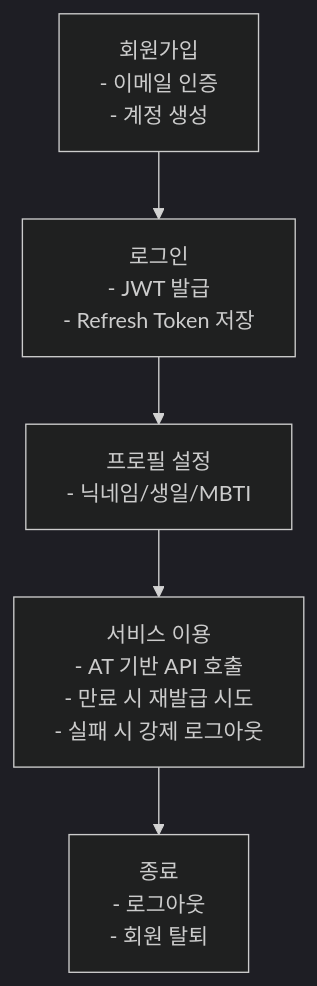
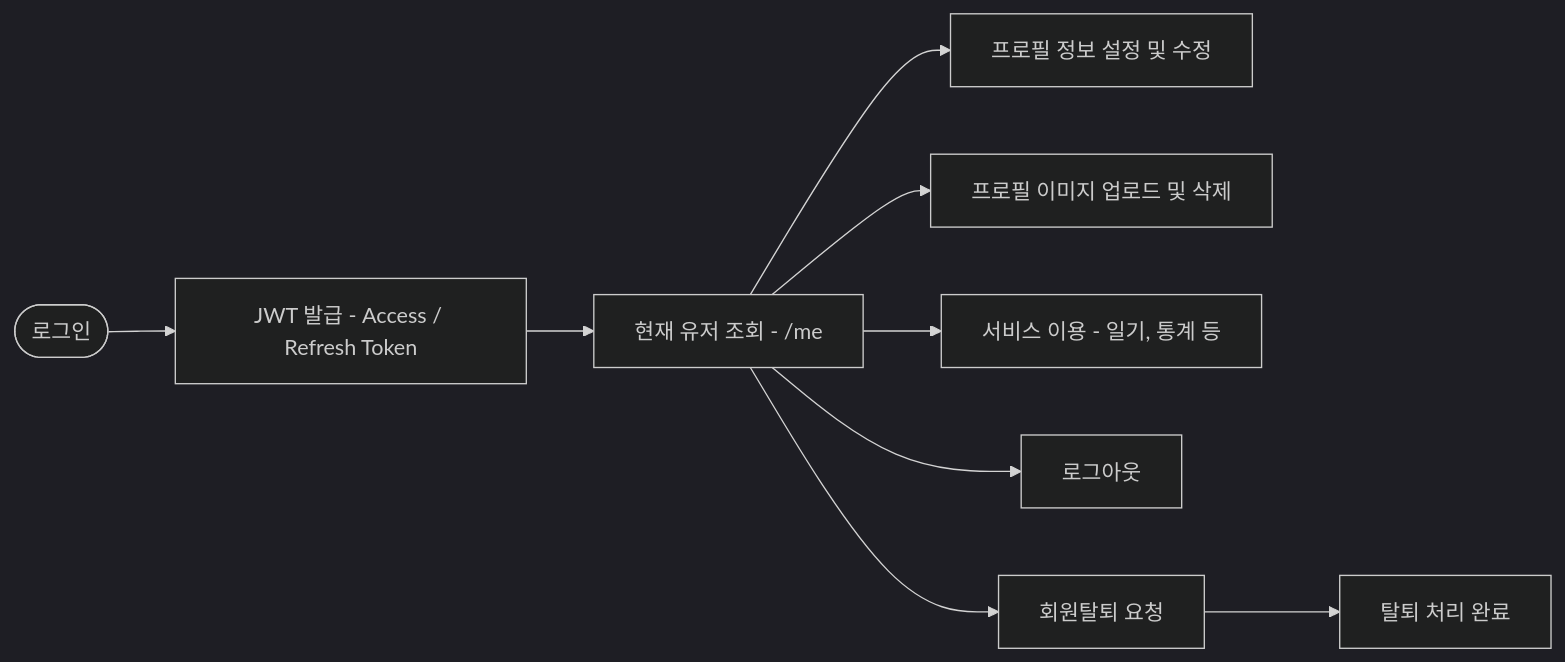
Before and after one commit to monancho/mindmate-docs12: the third of 4 diagrams in docs/member/auth-system.md, drawn with Mermaid (dark theme). The commit also changed other lines of this file and 1 other file, not shown here.

````diff
--- a/docs/member/auth-system.md
+++ b/docs/member/auth-system.md
@@ -33,25 +191,22 @@
 ```mermaid
-graph TB
+flowchart LR
+    L([로그인])
+    J[JWT 발급 - Access / Refresh Token]
+    M[현재 유저 조회 - /me]
 
-  S["회원가입
-  - 이메일 인증
-  - 계정 생성"]
+    P1[프로필 정보 설정 및 수정]
+    P2[프로필 이미지 업로드 및 삭제]
+    U[서비스 이용 - 일기, 통계 등]
+    O[로그아웃]
+    D[회원탈퇴 요청]
+    X[탈퇴 처리 완료]
 
-  L["로그인
-  - JWT 발급
-  - Refresh Token 저장"]
+    L --> J --> M
 
-  P["프로필 설정
-  - 닉네임/생일/MBTI"]
+    M --> P1
+    M --> P2
+    M --> U
+    M --> O
+    M --> D --> X
 
-  U["서비스 이용
-  - AT 기반 API 호출
-  - 만료 시 재발급 시도
-  - 실패 시 강제 로그아웃"]
-
-  E["종료
-  - 로그아웃
-  - 회원 탈퇴"]
-
-  S --> L --> P --> U --> E
 ```
````
